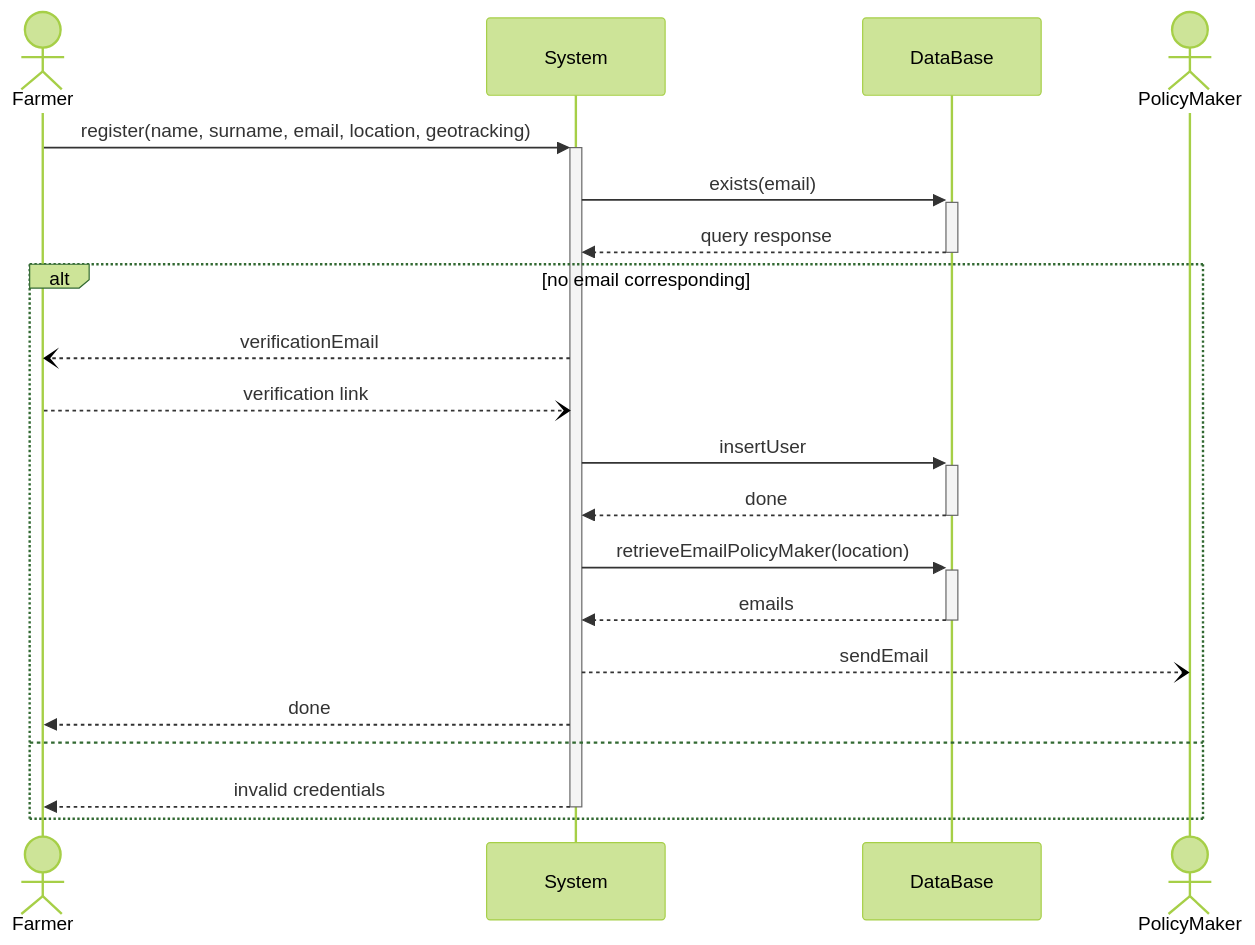
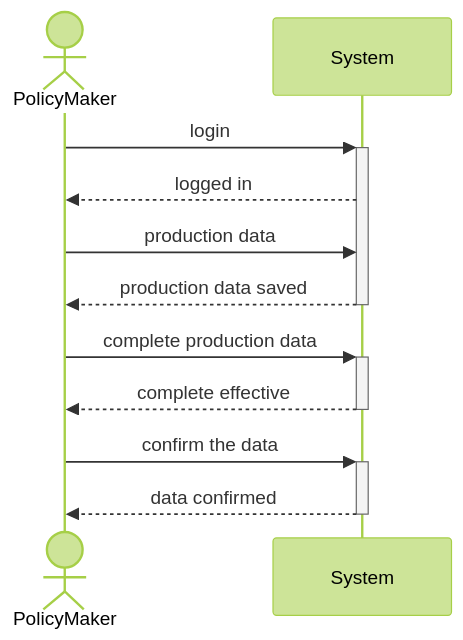
One commit to thekalipo/DeParcevauxPouliquen changed the sixth of 6 diagrams in DeliveryFolder/UML.md. Above: the diagram before and after it, drawn with Mermaid (forest theme). The commit also changed other lines of this file and 2 other files, not shown here.

Commit message:
use cases mermaid

````diff
--- a/DeliveryFolder/UML.md
+++ b/DeliveryFolder/UML.md
@@ -42,22 +109,13 @@
 ```mermaid
 sequenceDiagram
-    actor Farmer
+    actor PolicyMaker
     participant System
-    participant DataBase
-    actor PolicyMaker
-    Farmer->>+System: register(name, surname, email, location, geotracking)
-    System->>+DataBase: exists(email)
-    DataBase-->>-System: query response
-    alt no email corresponding
-        System--)Farmer: verificationEmail
-        Farmer--)System: verification link
-        System->>+DataBase: insertUser
-        DataBase-->>-System: done
-        System->>+DataBase: retrieveEmailPolicyMaker(location)
-        DataBase-->>-System: emails
-        System--)PolicyMaker: sendEmail
-        System-->>Farmer: done
-    else
-        System-->>-Farmer: invalid credentials
-    end
+    PolicyMaker ->>+System: login
+    System-->>PolicyMaker: logged in
+    PolicyMaker ->>System: production data
+    System-->>-PolicyMaker: production data saved
+    PolicyMaker->>+System: complete production data
+    System-->>-PolicyMaker: complete effective
+    PolicyMaker->>+System: confirm the data
+    System-->>-PolicyMaker: data confirmed
 ```
````
